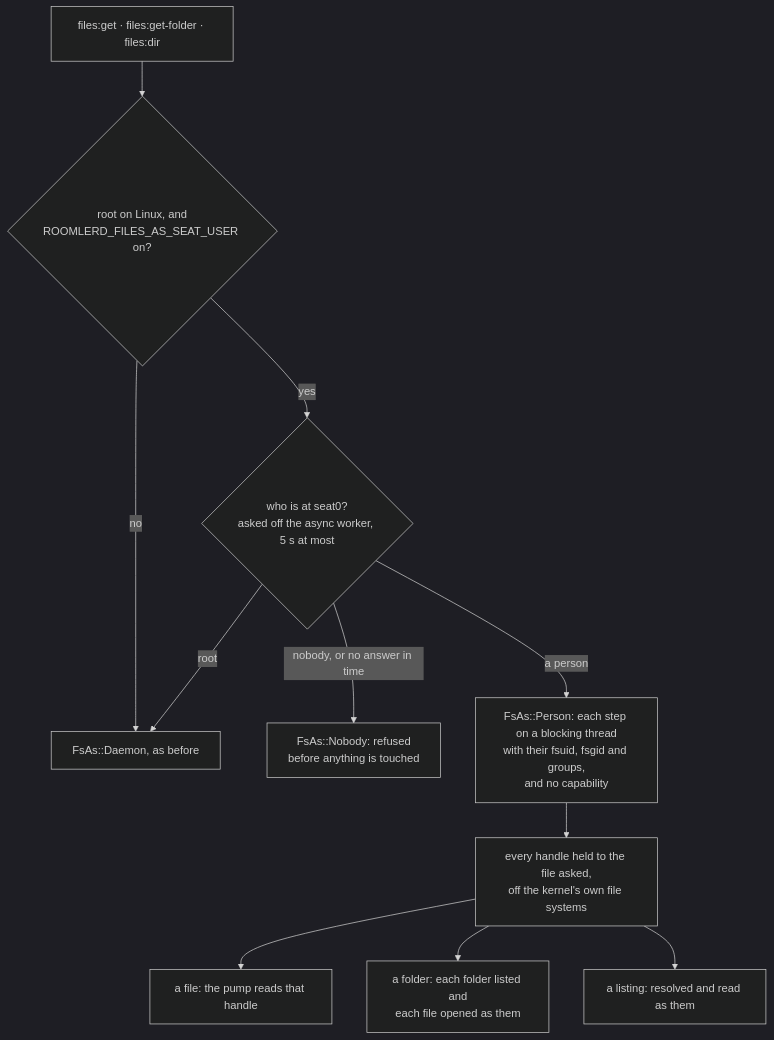
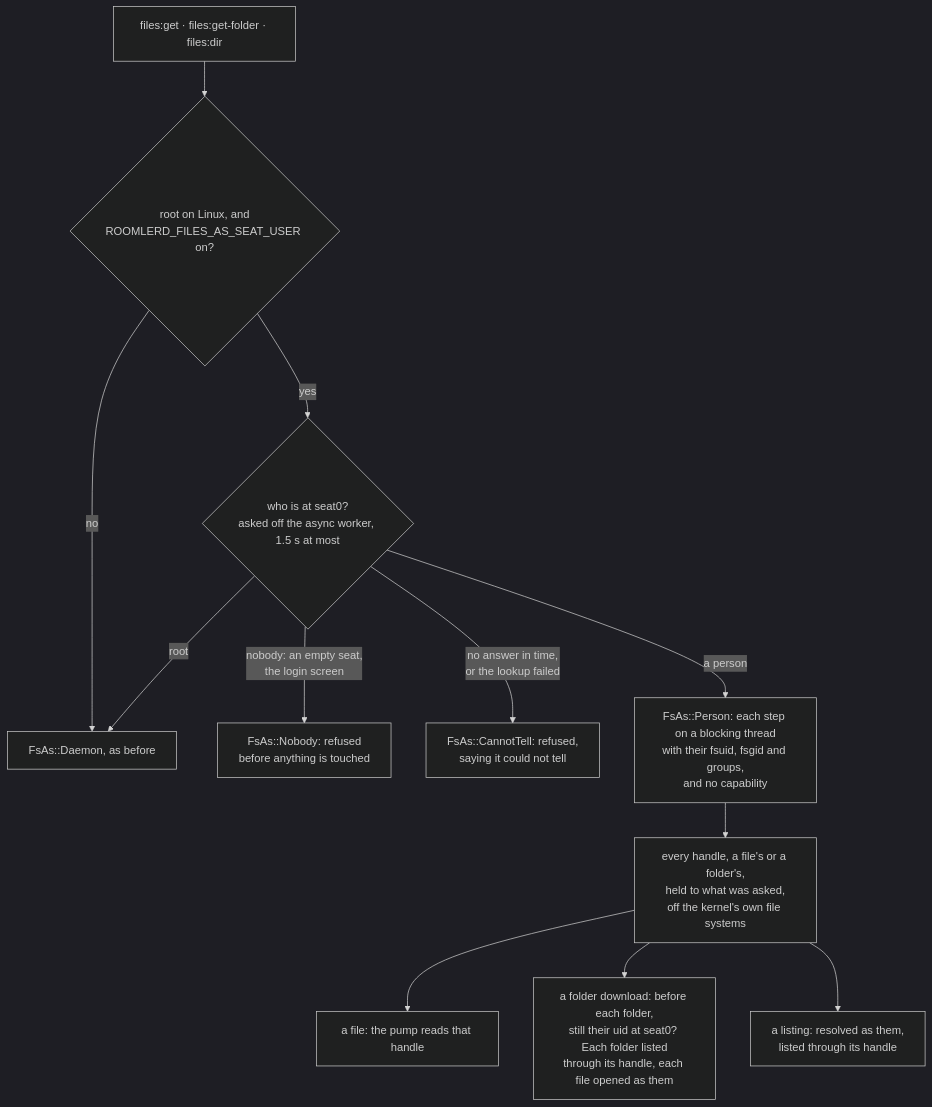
Before and after one commit to gjovanov/roomler-ai: the tenth of 18 diagrams in docs/desktop-companion.md, drawn with Mermaid (dark theme). The commit also changed other lines of this file and 6 other files, not shown here.

````diff
--- a/docs/desktop-companion.md
+++ b/docs/desktop-companion.md
@@ -695,13 +695,14 @@
 ```mermaid
 flowchart TD
     R["files:get · files:get-folder · files:dir"] --> Q{"root on Linux, and<br/>ROOMLERD_FILES_AS_SEAT_USER on?"}
     Q -- "no" --> D["FsAs::Daemon, as before"]
-    Q -- "yes" --> S{"who is at seat0?<br/>asked off the async worker, 5 s at most"}
+    Q -- "yes" --> S{"who is at seat0?<br/>asked off the async worker, 1.5 s at most"}
     S -- "root" --> D
-    S -- "nobody, or no answer in time" --> N["FsAs::Nobody: refused<br/>before anything is touched"]
+    S -- "nobody: an empty seat,<br/>the login screen" --> N["FsAs::Nobody: refused<br/>before anything is touched"]
+    S -- "no answer in time,<br/>or the lookup failed" --> C["FsAs::CannotTell: refused,<br/>saying it could not tell"]
     S -- "a person" --> P["FsAs::Person: each step on a blocking thread<br/>with their fsuid, fsgid and groups,<br/>and no capability"]
-    P --> H["every handle held to the file asked,<br/>off the kernel's own file systems"]
+    P --> H["every handle, a file's or a folder's,<br/>held to what was asked,<br/>off the kernel's own file systems"]
     H --> F["a file: the pump reads that handle"]
-    H --> Z["a folder: each folder listed and<br/>each file opened as them"]
-    H --> G["a listing: resolved and read as them"]
+    H --> Z["a folder download: before each folder,<br/>still their uid at seat0? Each folder listed<br/>through its handle, each file opened as them"]
+    H --> G["a listing: resolved as them,<br/>listed through its handle"]
 ```
````
